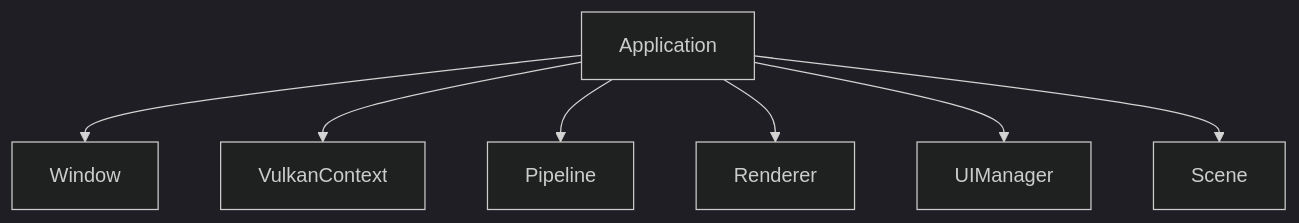
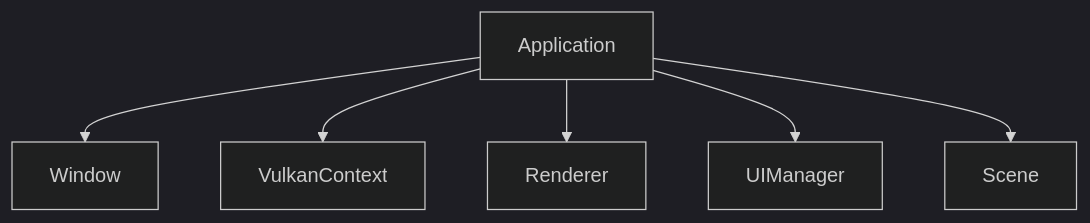
One commit to ViTeXFTW/VulkanW3DViewer changed the diagram in docs/architecture/core-layer.md. Above: the diagram before and after it, drawn with Mermaid (dark theme). The commit also changed other lines of this file and 104 other files, not shown here.

````diff
--- a/docs/architecture/core-layer.md
+++ b/docs/architecture/core-layer.md
@@ -227,10 +23,9 @@
 ```mermaid
 graph TB
     App[Application]
     App --> Window
     App --> Context[VulkanContext]
-    App --> Pipeline
     App --> Renderer
     App --> UIManager
     App --> Scene
 ```
````
